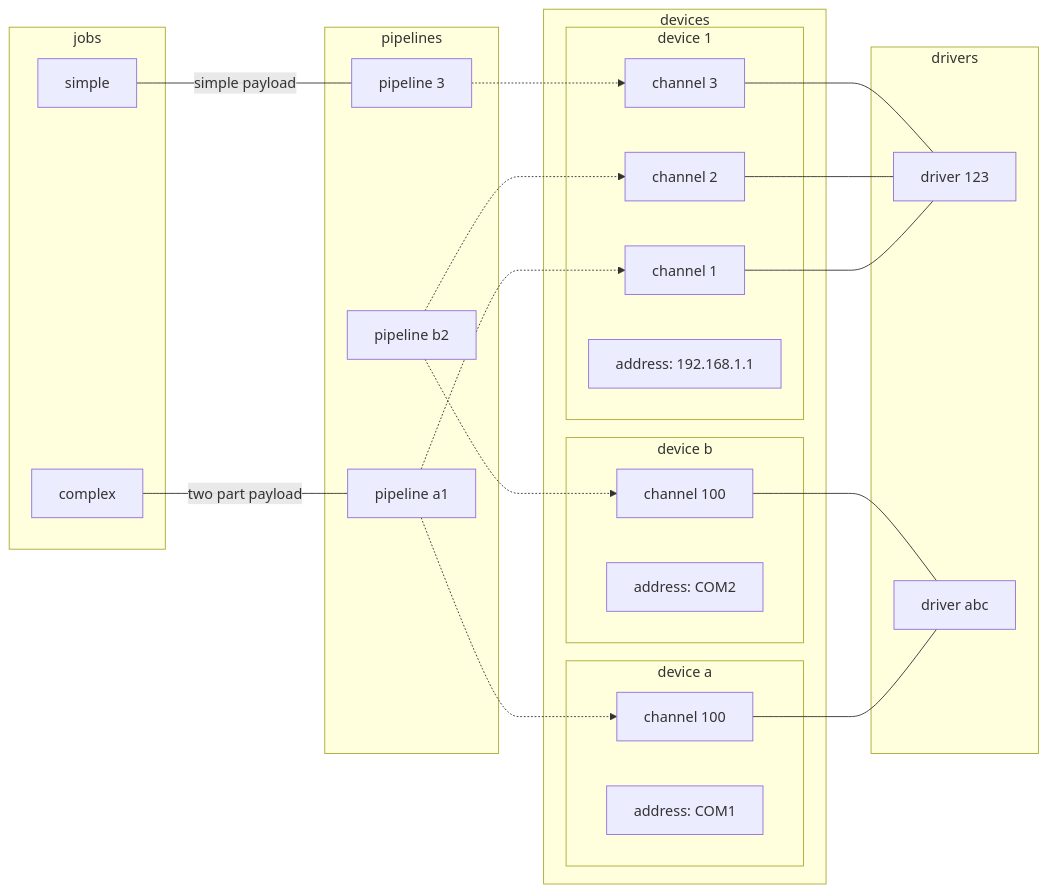
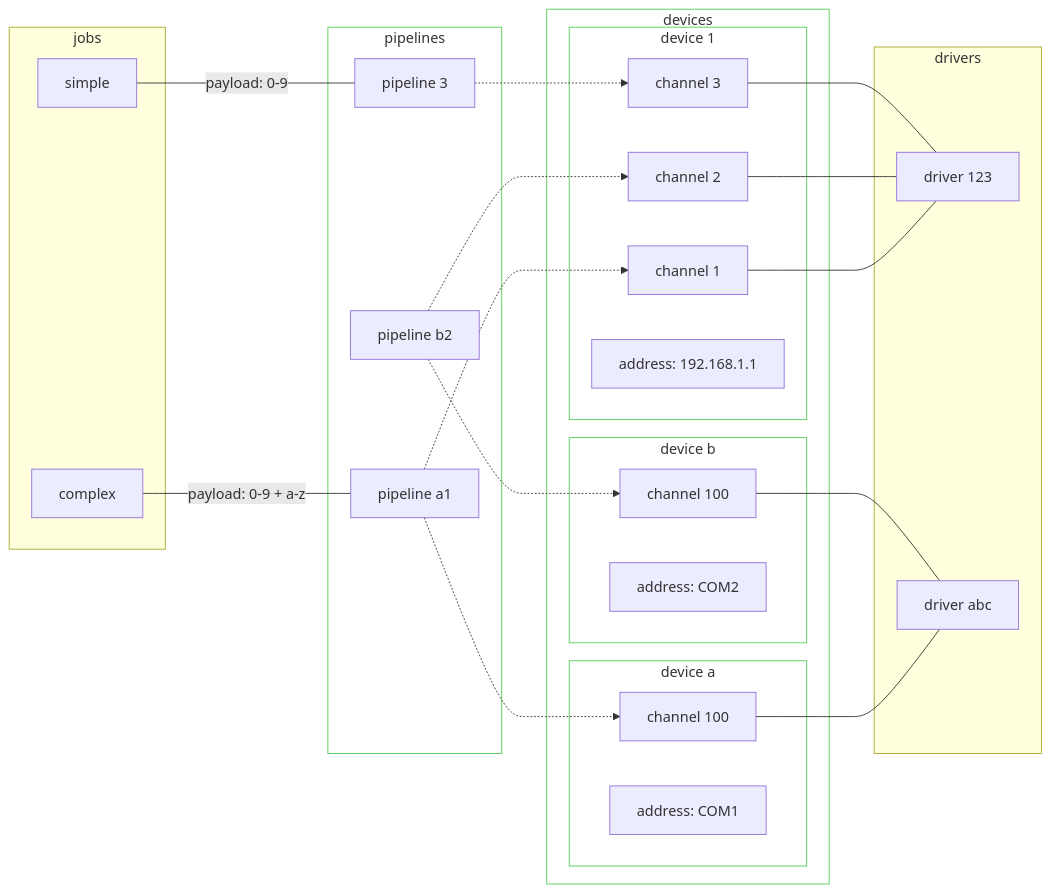
Before and after one commit to dgbowl/tomato: the diagram in docs/source/quickstart.rst, drawn with Mermaid. The commit also changed other lines of this file and 9 other files, not shown here.

```diff
--- a/docs/source/quickstart.rst
+++ b/docs/source/quickstart.rst
@@ -101,60 +56,67 @@
 .. mermaid::
+    :caption: Diagram of **tomato** concepts.
 
-  flowchart LR
+    flowchart LR
 
       c1 --- drv1[driver 123]
       c2 --- drv1
       c3 --- drv1
 
       a100 --- drv2[driver abc]
       b100 --- drv2
 
       subgraph d1[device 1]
           ip1[address: 192.168.1.1]
           c1[channel 1]
           c2[channel 2]
           c3[channel 3]
       end
 
       subgraph a[device a]
           com1[address: COM1]
           a100[channel 100]
       end
 
       subgraph b[device b]
           com2[address: COM2]
           b100[channel 100]
       end
 
       subgraph pipelines
           pip1
           pip2
           pip3
       end
 
+      pipelines:::config
+
       subgraph drivers
           drv1
           drv2
       end
 
       subgraph devices
-          d1
-          a
-          b
+          d1:::config
+          a:::config
+          b:::config
       end
+
+      devices:::config
 
       subgraph jobs
           j1
           j2
       end
 
-      j1[complex] --- |two part payload| pip1
-      j2[simple] --- |simple payload| pip3
+      j1[complex] --- |payload: 0-9 + a-z| pip1
+      j2[simple] --- |payload: 0-9| pip3
 
       pip1[pipeline a1] -.-> c1
       pip1[pipeline a1] -.-> a100
 
       pip2[pipeline b2] -.-> c2
       pip2[pipeline b2] -.-> b100
 
       pip3[pipeline 3] -.-> c3
+
+      classDef config fill:#fff,stroke:#5c5
```
